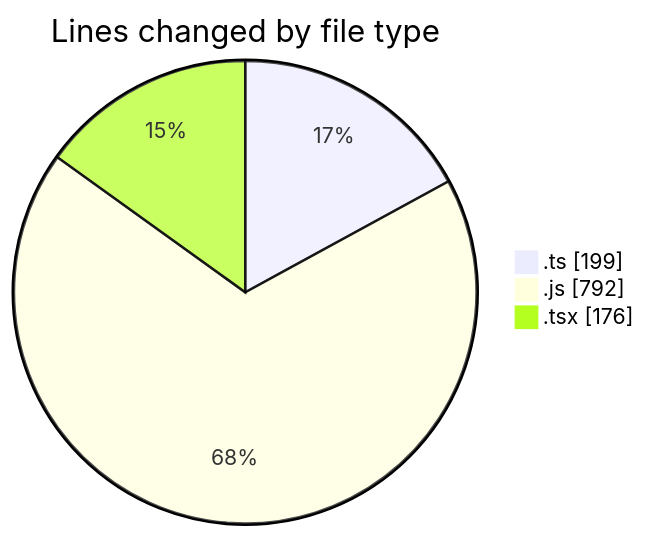
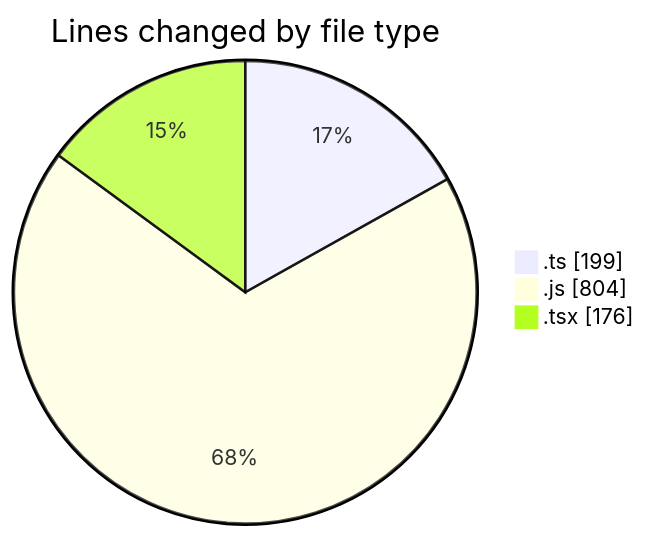
The first of 2 diagrams in 2025-03-12/cda/README.md (momahboobian/code-tracking), drawn with Mermaid before and after one commit. The commit also changed other lines of this file and 1 other file, not shown here.

````diff
--- a/2025-03-12/cda/README.md
+++ b/2025-03-12/cda/README.md
@@ -31,7 +31,7 @@
 ```mermaid
 pie showData
 title Lines changed by file type
 ".ts" : 199
-".js" : 792
+".js" : 804
 ".tsx" : 176
 ```
````
